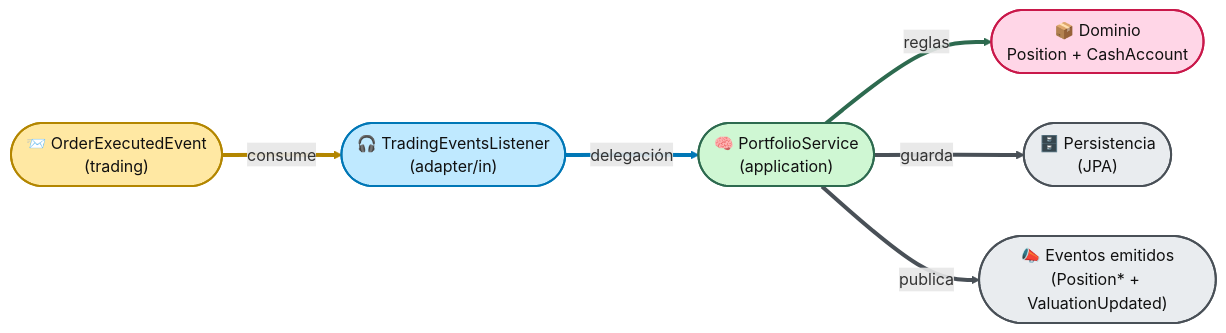
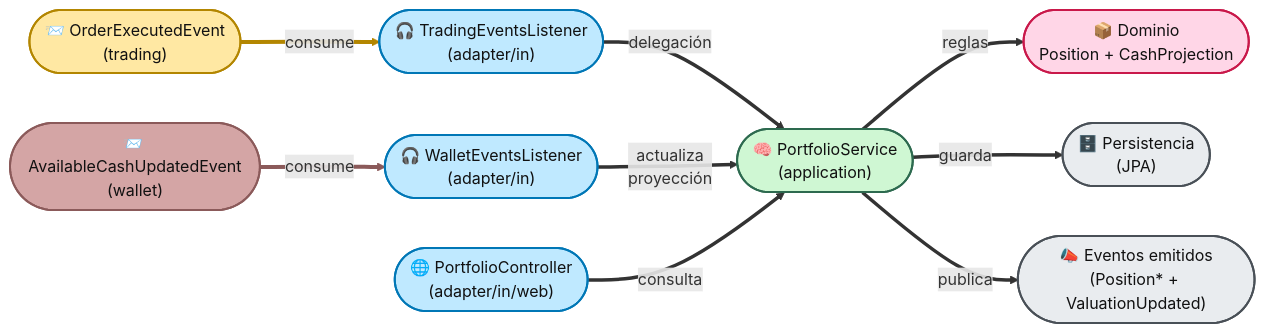
Before and after one commit to SergioGarciaRuiz557/EZTrade: the first of 3 diagrams in EZTrade/backend/src/main/java/com/trading/platform/eztrade/portfolio/portfolio.md, drawn with Mermaid. The commit also changed other lines of this file and 28 other files, not shown here.

````diff
--- a/EZTrade/backend/src/main/java/com/trading/platform/eztrade/portfolio/portfolio.md
+++ b/EZTrade/backend/src/main/java/com/trading/platform/eztrade/portfolio/portfolio.md
@@ -55,35 +55,39 @@
 ```mermaid
 flowchart LR
 
   %% =====================
   %% Estilos (colores + bordes)
   %% =====================
   classDef trading fill:#FFE8A3,stroke:#B38600,stroke-width:2px,color:#111;
+  classDef wallet fill:#D4A5A5,stroke:#8B5A5A,stroke-width:2px,color:#111;
   classDef adapter fill:#BFE9FF,stroke:#0077B6,stroke-width:2px,color:#111;
   classDef app fill:#CFF7D3,stroke:#2D6A4F,stroke-width:2px,color:#111;
   classDef domain fill:#FFD6E7,stroke:#C9184A,stroke-width:2px,color:#111;
   classDef out fill:#E9ECEF,stroke:#495057,stroke-width:2px,color:#111;
 
   %% =====================
   %% Vista tipo “póster”: pocos bloques grandes
   %% =====================
   OE(["📨 OrderExecutedEvent\n(trading)"]):::trading
+  WC(["📨 AvailableCashUpdatedEvent\n(wallet)"]):::wallet
   IN(["🎧 TradingEventsListener\n(adapter/in)"]):::adapter
+  WL(["🎧 WalletEventsListener\n(adapter/in)"]):::adapter
+  WEB(["🌐 PortfolioController\n(adapter/in/web)"]):::adapter
   SVC(["🧠 PortfolioService\n(application)"]):::app
-  DOM(["📦 Dominio\nPosition + CashAccount"]):::domain
+  DOM(["📦 Dominio\nPosition + CashProjection"]):::domain
   DB(["🗄️ Persistencia\n(JPA)"]):::out
   BUS(["📣 Eventos emitidos\n(Position* + ValuationUpdated)"]):::out
 
   OE ==>|"consume"| IN
+  WC ==>|"consume"| WL
   IN ==>|"delegación"| SVC
+  WL ==>|"actualiza\nproyección"| SVC
+  WEB ==>|"consulta"| SVC
   SVC ==>|"reglas"| DOM
   SVC ==>|"guarda"| DB
   SVC ==>|"publica"| BUS
 
   %% Flechas más gruesas y con color
   linkStyle 0 stroke:#B38600,stroke-width:4px;
-  linkStyle 1 stroke:#0077B6,stroke-width:4px;
-  linkStyle 2 stroke:#2D6A4F,stroke-width:4px;
-  linkStyle 3 stroke:#495057,stroke-width:4px;
-  linkStyle 4 stroke:#495057,stroke-width:4px;
+  linkStyle 1 stroke:#8B5A5A,stroke-width:4px;
 ```
````
